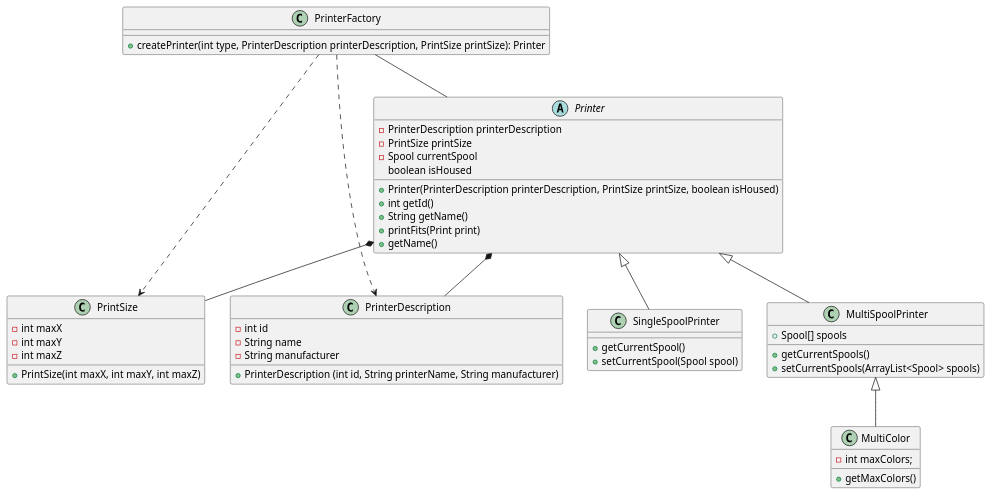
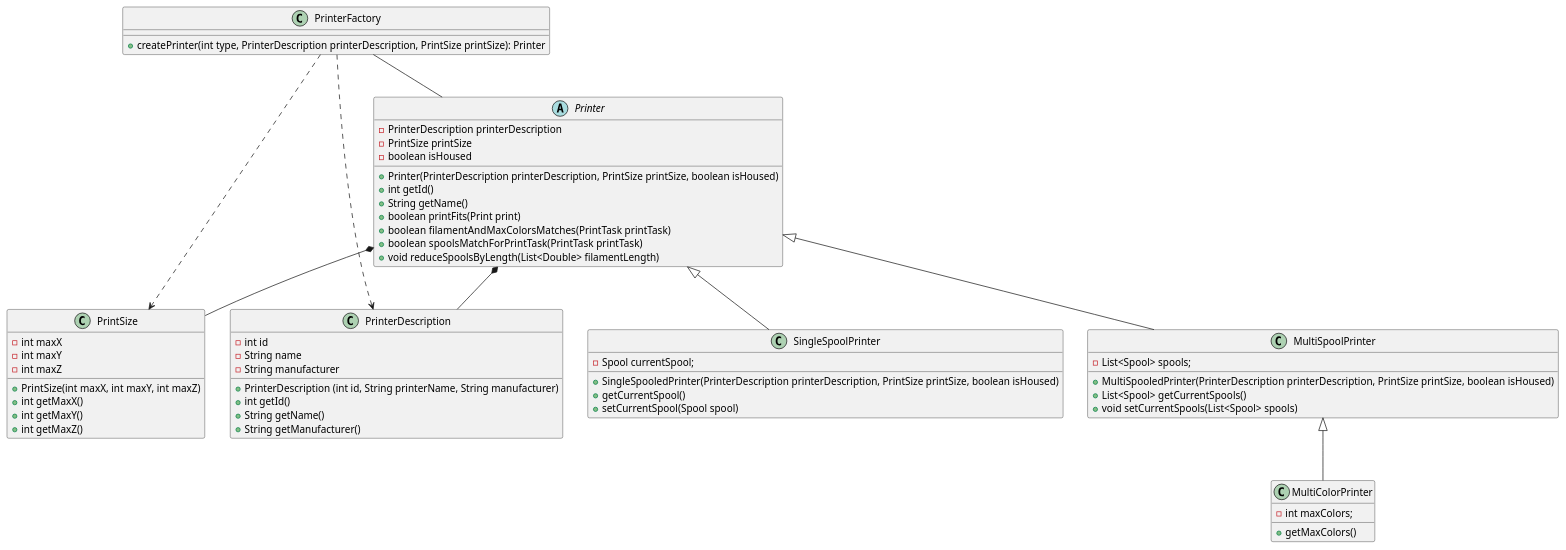
The diagram in src/main/diagrams/PrinterFactory.puml (hann-xq/system-design), drawn with PlantUML before and after one commit. The commit also changed 16 other files, not shown here.

Commit message:
added diagrams + more refactoring

```diff
--- a/src/main/diagrams/PrinterFactory.puml
+++ b/src/main/diagrams/PrinterFactory.puml
@@ -1,59 +1,69 @@
 @startuml
 'https://plantuml.com/class-diagram
 
 PrinterFactory -- Printer
 PrinterFactory ..> PrintSize
 PrinterFactory ..> PrinterDescription
 
 class PrinterFactory {
   + createPrinter(int type, PrinterDescription printerDescription, PrintSize printSize): Printer
 }
 
 Printer *-- PrintSize
 Printer *-- PrinterDescription
 
 abstract class Printer {
     - PrinterDescription printerDescription
     - PrintSize printSize
-    - Spool currentSpool
-    boolean isHoused
+    - boolean isHoused
 
     + Printer(PrinterDescription printerDescription, PrintSize printSize, boolean isHoused)
     + int getId()
     + String getName()
-    + printFits(Print print)
-    + getName()
+    + boolean printFits(Print print)
+    + boolean filamentAndMaxColorsMatches(PrintTask printTask)
+    + boolean spoolsMatchForPrintTask(PrintTask printTask)
+    + void reduceSpoolsByLength(List<Double> filamentLength)
+
 }
 
 class PrintSize {
     - int maxX
     - int maxY
     - int maxZ
     + PrintSize(int maxX, int maxY, int maxZ)
+    + int getMaxX()
+    + int getMaxY()
+    + int getMaxZ()
 }
 
 class PrinterDescription {
     - int id
     - String name
     - String manufacturer
     + PrinterDescription (int id, String printerName, String manufacturer)
+    + int getId()
+    + String getName()
+    + String getManufacturer()
 }
 
 class SingleSpoolPrinter extends Printer {
-    +getCurrentSpool()
-    +setCurrentSpool(Spool spool)
+    - Spool currentSpool;
+    + SingleSpooledPrinter(PrinterDescription printerDescription, PrintSize printSize, boolean isHoused)
+    + getCurrentSpool()
+    + setCurrentSpool(Spool spool)
 }
 
 class MultiSpoolPrinter extends Printer {
-    +Spool[] spools
-    +getCurrentSpools()
-    +setCurrentSpools(ArrayList<Spool> spools)
+    - List<Spool> spools;
+    + MultiSpooledPrinter(PrinterDescription printerDescription, PrintSize printSize, boolean isHoused)
+    + List<Spool> getCurrentSpools()
+    + void setCurrentSpools(List<Spool> spools)
 }
 
-class MultiColor extends MultiSpoolPrinter {
-    -int maxColors;
-    +getMaxColors()
+class MultiColorPrinter extends MultiSpoolPrinter {
+    - int maxColors;
+    + getMaxColors()
 }
 
-
 @enduml
```
